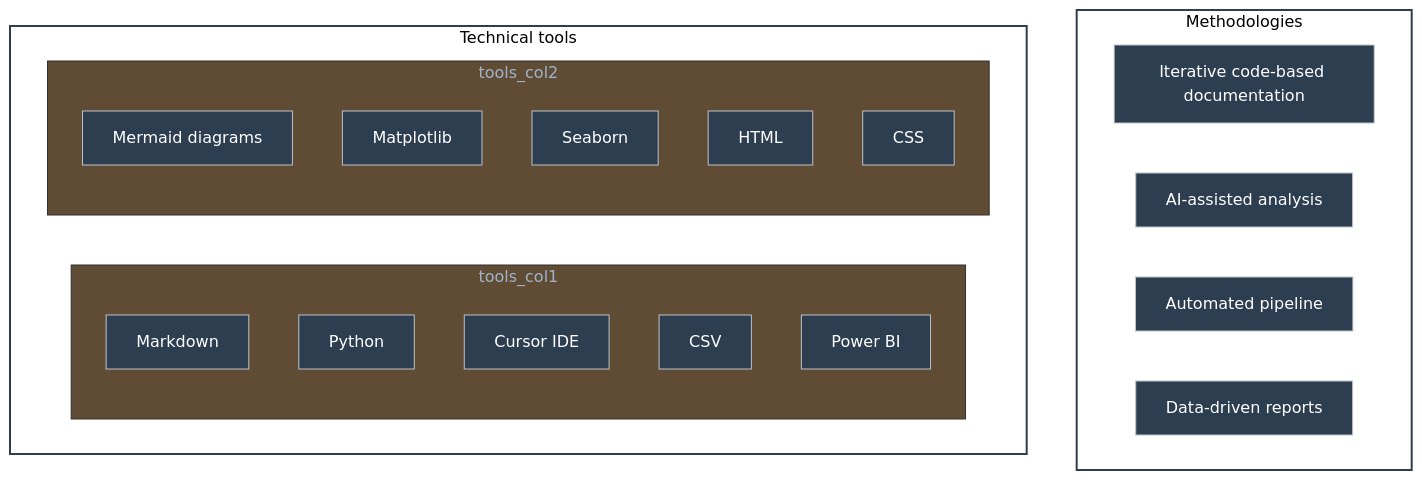
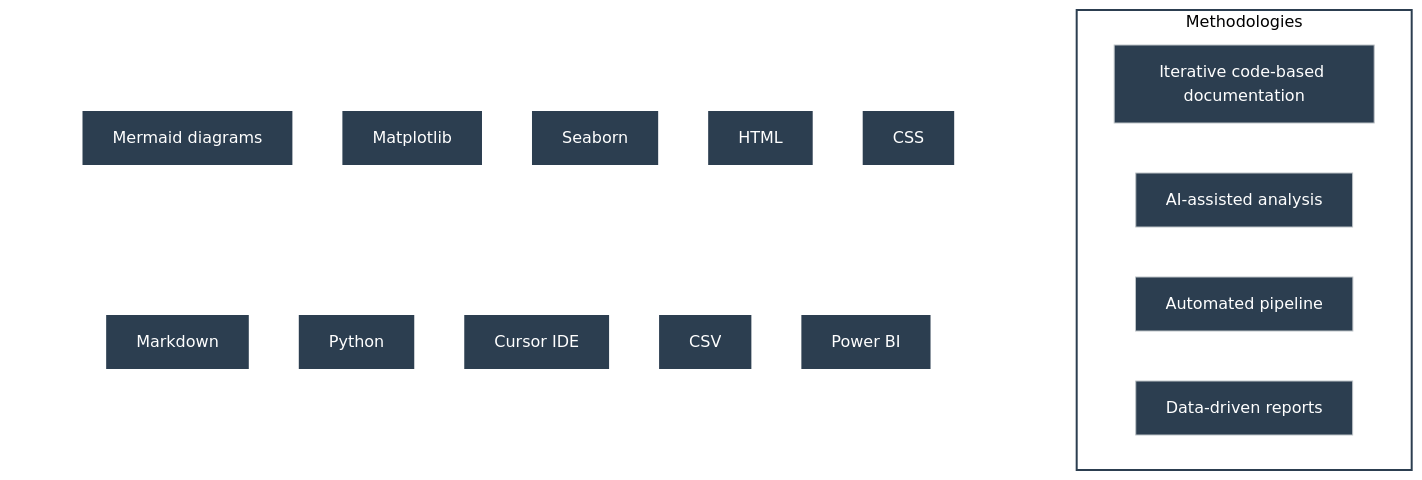
The third of 11 diagrams in portfolio/mermaid/diagrams.md (duducm2/my-personal-repo), drawn with Mermaid before and after one commit.

Commit message:
Refactor Mermaid diagrams in portfolio to improve visual clarity by adjusting styles and organizing tools into transparent subgraphs. Enhanced styling for individual tools to ensure consistent presentation.

````diff
--- a/portfolio/mermaid/diagrams.md
+++ b/portfolio/mermaid/diagrams.md
@@ -53,31 +53,43 @@
 ```mermaid
 %%{init: {'theme': 'base', 'themeVariables': { 'primaryColor': '#2c3e50', 'primaryTextColor': '#fff', 'primaryBorderColor': '#bdc3c7', 'lineColor': '#2c3e50', 'fontFamily': 'Lato', 'subgraphBg': '#ffffff', 'subgraphBorder': '#2c3e50', 'subgraphTextColor': '#000000', 'subgraphTitleColor': '#000000'}}}%%
 flowchart TB
   subgraph methodologies [Methodologies]
     M1["Iterative code-based documentation"]
     M2["AI-assisted analysis"]
     M3["Automated pipeline"]
     M4["Data-driven reports"]
   end
-  subgraph tools [Technical tools]
+  subgraph tools [" "]
     direction LR
-    subgraph tools_col1
+    subgraph tools_col1 [" "]
       direction TB
       T1["Markdown"]
       T2["Python"]
       T3["Cursor IDE"]
       T4["CSV"]
       T5["Power BI"]
     end
-    subgraph tools_col2
+    subgraph tools_col2 [" "]
       direction TB
       T6["Mermaid diagrams"]
       T7["Matplotlib"]
       T8["Seaborn"]
       T9["HTML"]
       T10["CSS"]
     end
   end
   style methodologies fill:#ffffff,stroke:#2c3e50,stroke-width:2px,color:#000000
-  style tools fill:#ffffff,stroke:#2c3e50,stroke-width:2px,color:#000000
+  style tools fill:transparent,stroke:none
+  style tools_col1 fill:transparent,stroke:none
+  style tools_col2 fill:transparent,stroke:none
+  style T1 fill:#2c3e50,stroke:none
+  style T2 fill:#2c3e50,stroke:none
+  style T3 fill:#2c3e50,stroke:none
+  style T4 fill:#2c3e50,stroke:none
+  style T5 fill:#2c3e50,stroke:none
+  style T6 fill:#2c3e50,stroke:none
+  style T7 fill:#2c3e50,stroke:none
+  style T8 fill:#2c3e50,stroke:none
+  style T9 fill:#2c3e50,stroke:none
+  style T10 fill:#2c3e50,stroke:none
 ```
````
